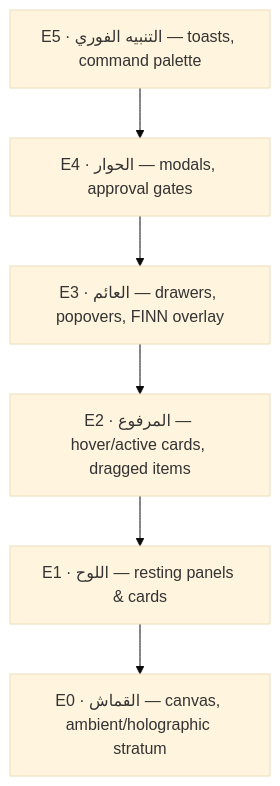
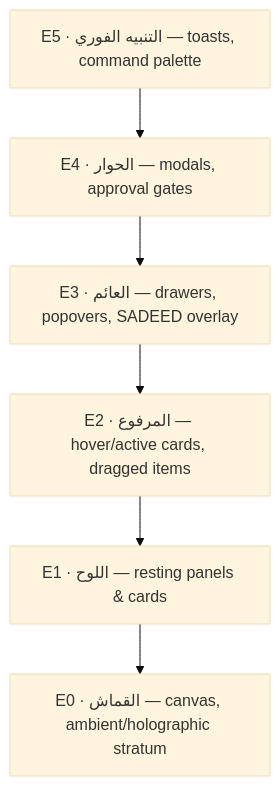
The diagram in docs/design/06-depth-system.md (faisaljohaimy-ship-it/biz-pulse-ar), drawn with Mermaid (base theme) before and after one commit. The commit also changed other lines of this file and 910 other files, not shown here.

````diff
--- a/docs/design/06-depth-system.md
+++ b/docs/design/06-depth-system.md
@@ -14,10 +14,10 @@
 ```mermaid
 flowchart TB
     E5["E5 · التنبيه الفوري — toasts, command palette"]
     E4["E4 · الحوار — modals, approval gates"]
-    E3["E3 · العائم — drawers, popovers, FINN overlay"]
+    E3["E3 · العائم — drawers, popovers, SADEED overlay"]
     E2["E2 · المرفوع — hover/active cards, dragged items"]
     E1["E1 · اللوح — resting panels & cards"]
     E0["E0 · القماش — canvas, ambient/holographic stratum"]
     E5 --> E4 --> E3 --> E2 --> E1 --> E0
 ```
````
